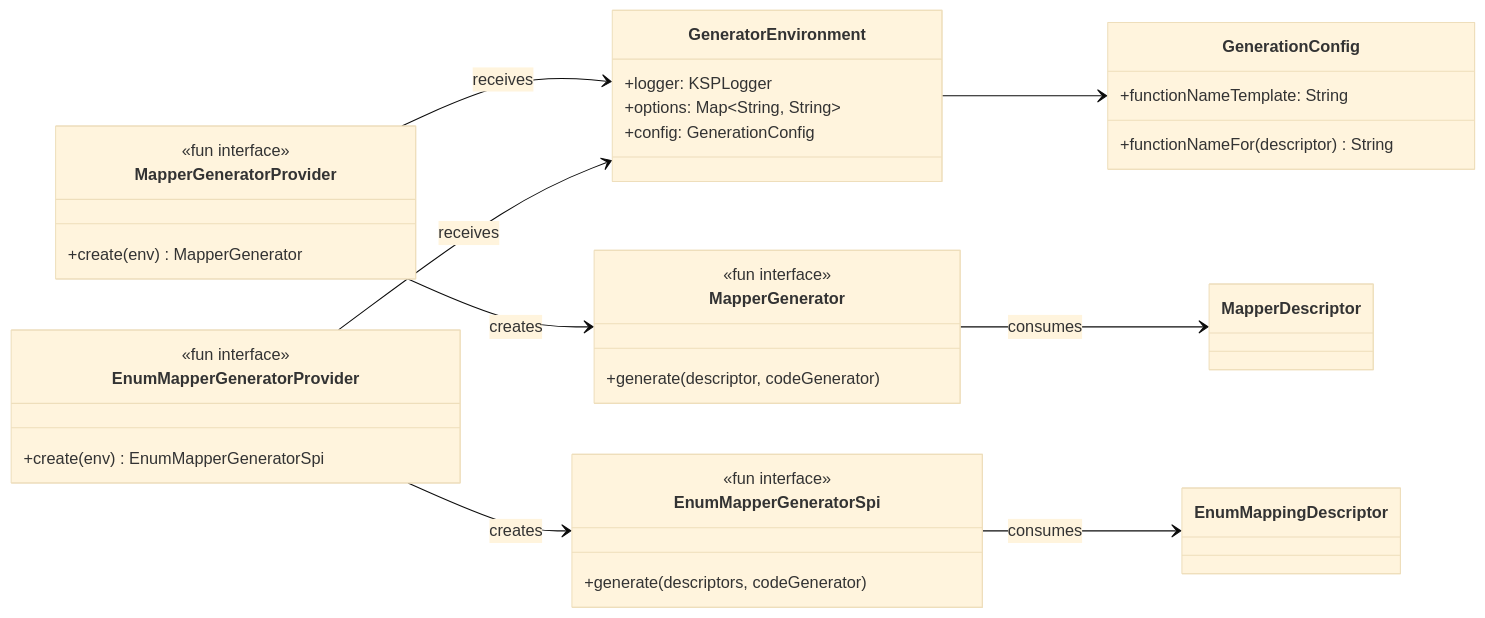
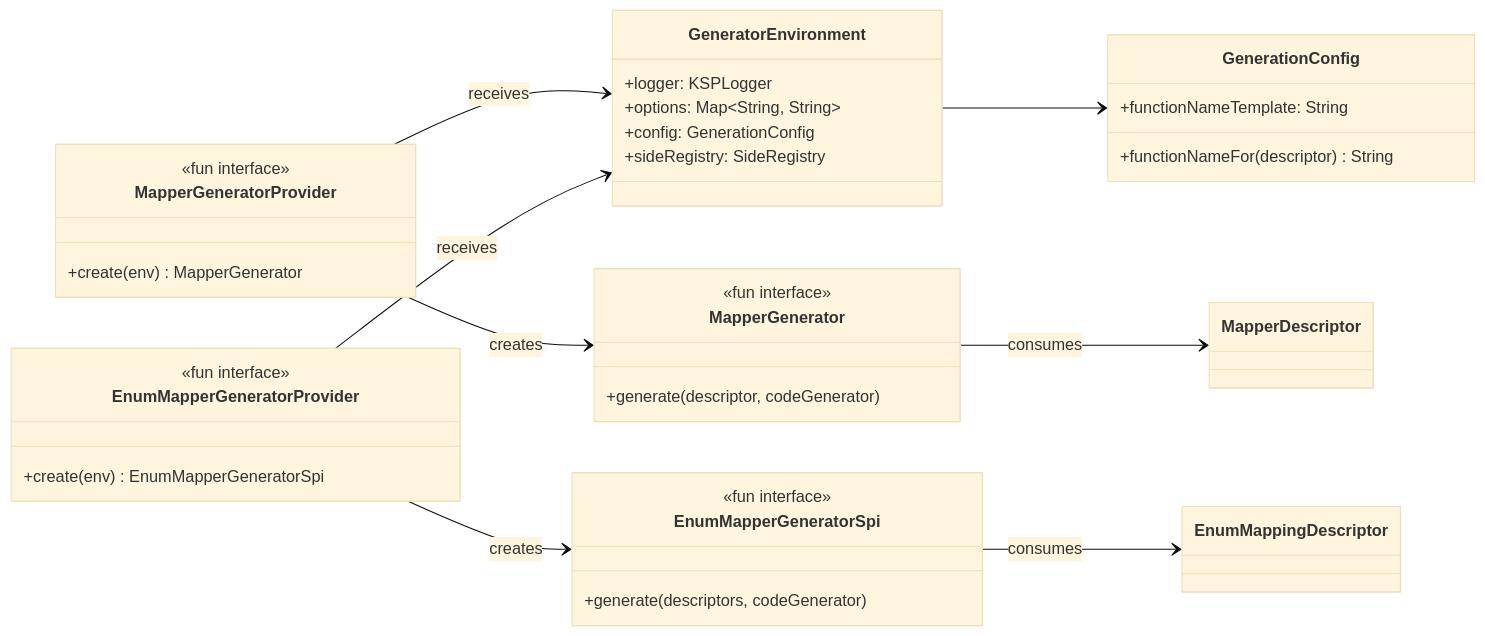
The first of 3 diagrams in docs/developer-guide/custom-code-generator.md (blu3berry-why/Kraft), drawn with Mermaid (base theme) before and after one commit. The commit also changed other lines of this file and 1 other file, not shown here.

Commit message:
docs: complete side-alias coverage in @MapEnum and custom-generator SPI
- enum-mapping.md: document the aliasEmitMode parameter on @MapEnum
  alongside @MapConfig.
- custom-code-generator.md: GeneratorEnvironment ships with a
  sideRegistry: SideRegistry field used by the built-in generator and
  available to custom providers. Add it to the class diagram and the
  reference table.

````diff
--- a/docs/developer-guide/custom-code-generator.md
+++ b/docs/developer-guide/custom-code-generator.md
@@ -13,40 +13,41 @@
 ```mermaid
 classDiagram
     direction LR
 
     class MapperGeneratorProvider {
         <<fun interface>>
         +create(env) MapperGenerator
     }
     class GeneratorEnvironment {
         +logger: KSPLogger
         +options: Map~String, String~
         +config: GenerationConfig
+        +sideRegistry: SideRegistry
     }
     class GenerationConfig {
         +functionNameTemplate: String
         +functionNameFor(descriptor) String
     }
     class MapperGenerator {
         <<fun interface>>
         +generate(descriptor, codeGenerator)
     }
 
     class EnumMapperGeneratorProvider {
         <<fun interface>>
         +create(env) EnumMapperGeneratorSpi
     }
     class EnumMapperGeneratorSpi {
         <<fun interface>>
         +generate(descriptors, codeGenerator)
     }
 
     MapperGeneratorProvider --> GeneratorEnvironment : receives
     MapperGeneratorProvider --> MapperGenerator : creates
     GeneratorEnvironment --> GenerationConfig
     MapperGenerator --> MapperDescriptor : consumes
 
     EnumMapperGeneratorProvider --> GeneratorEnvironment : receives
     EnumMapperGeneratorProvider --> EnumMapperGeneratorSpi : creates
     EnumMapperGeneratorSpi --> EnumMappingDescriptor : consumes
 ```
````
